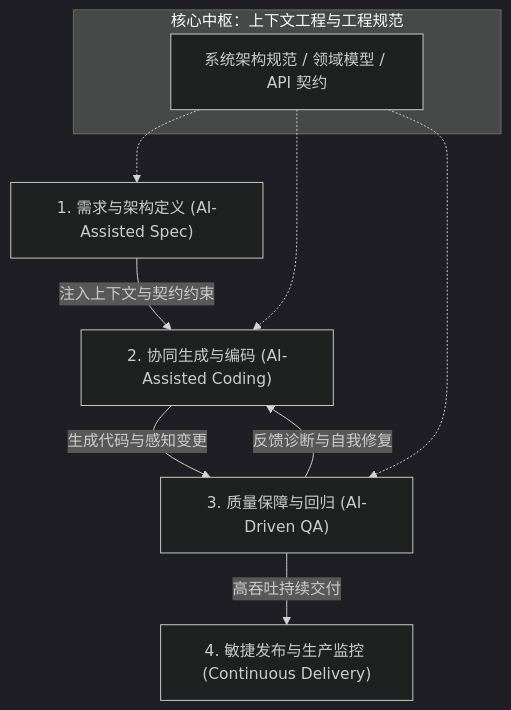
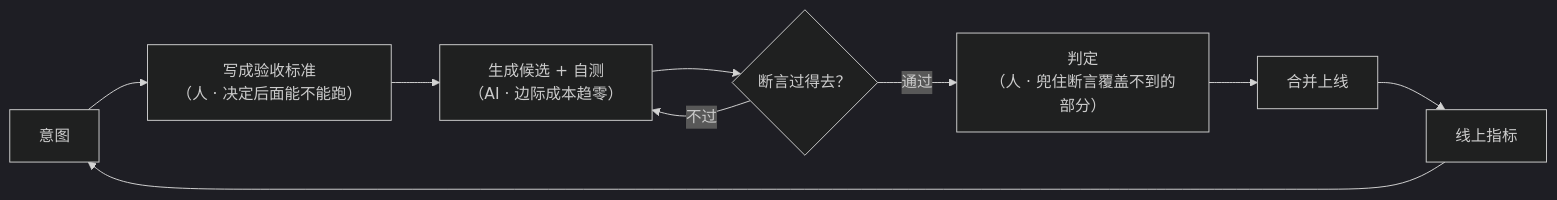
One commit to pedyc/dg.pedyc changed the diagram in content/30-RESOURCES/AI First.md. Above: the diagram before and after it, drawn with Mermaid (dark theme). The commit also changed other lines of this file and 44 other files, not shown here.

````diff
--- a/content/30-RESOURCES/AI First.md
+++ b/content/30-RESOURCES/AI First.md
@@ -35,15 +32,11 @@
 ```mermaid
-flowchart TD
-    subgraph Core["核心中枢：上下文工程与工程规范"]
-        E["系统架构规范 / 领域模型 / API 契约"]
-    end
-
-    A["1. 需求与架构定义 (AI-Assisted Spec)"] -->|"注入上下文与契约约束"| B["2. 协同生成与编码 (AI-Assisted Coding)"]
-    B -->|"生成代码与感知变更"| C["3. 质量保障与回归 (AI-Driven QA)"]
-    C -->|"反馈诊断与自我修复"| B
-    C -->|"高吞吐持续交付"| D["4. 敏捷发布与生产监控 (Continuous Delivery)"]
-
-    E -.-> A
-    E -.-> B
-    E -.-> C
+flowchart LR
+    A["意图"] --> B["写成验收标准<br/>（人 · 决定后面能不能跑）"]
+    B --> C["生成候选 + 自测<br/>（AI · 边际成本趋零）"]
+    C --> D{"断言过得去？"}
+    D -->|"不过"| C
+    D -->|"通过"| E["判定<br/>（人 · 兜住断言覆盖不到的部分）"]
+    E --> F["合并上线"]
+    F --> G["线上指标"]
+    G --> A
 ```
````
